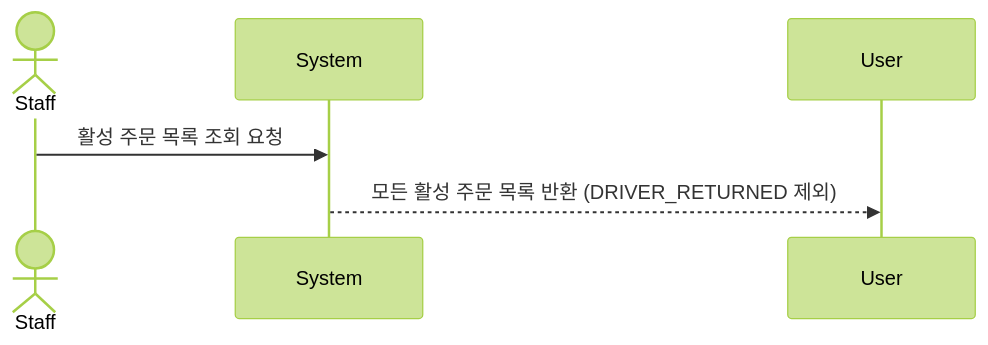
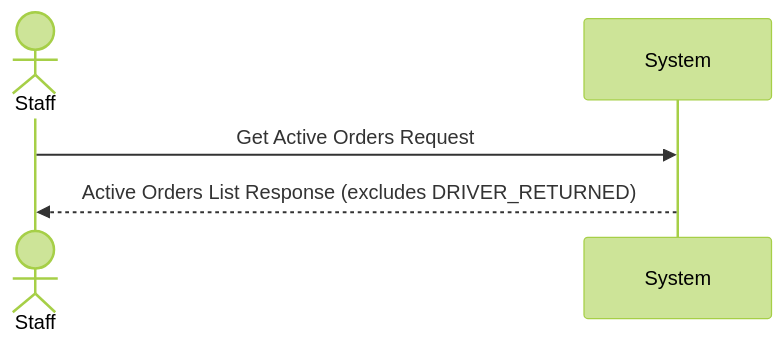
One commit to Ddogan-zip/ddoganzip-backend changed the seventh of 11 diagrams in docs/system-sequence-diagrams.md. Above: the diagram before and after it, drawn with Mermaid (forest theme). The commit also changed other lines of this file, not shown here.

First line of the commit message:
Update sequence diagram messages to English

````diff
--- a/docs/system-sequence-diagrams.md
+++ b/docs/system-sequence-diagrams.md
@@ -94,8 +94,8 @@
 ```mermaid
 sequenceDiagram
     actor Staff
     participant System
 
-    Staff->>System: 활성 주문 목록 조회 요청
-    System-->>User: 모든 활성 주문 목록 반환 (DRIVER_RETURNED 제외)
+    Staff->>System: Get Active Orders Request
+    System-->>Staff: Active Orders List Response (excludes DRIVER_RETURNED)
 ```
````
